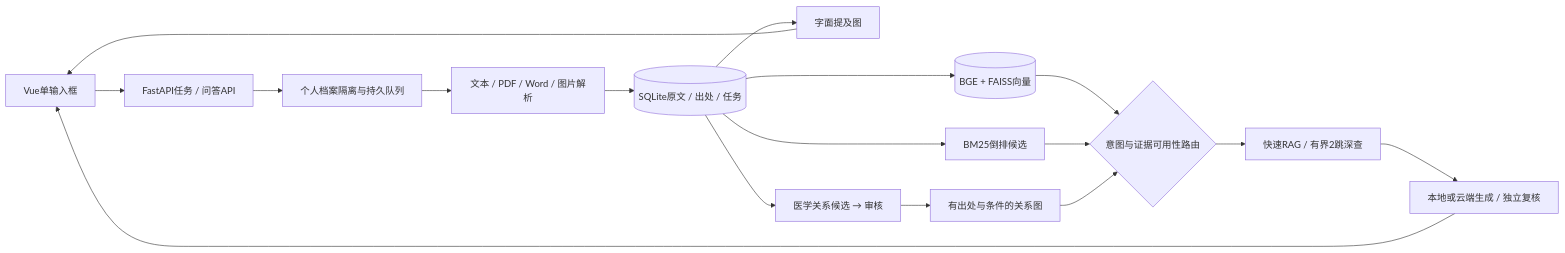
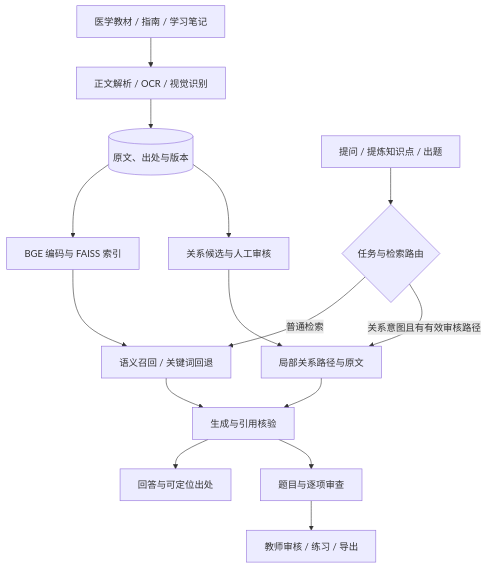
One commit to hvqo/MediGraphRAG changed the second of 2 diagrams in README.md. Above: the diagram before and after it, drawn with Mermaid. The commit also changed other lines of this file and 1 other file, not shown here.

````diff
--- a/README.md
+++ b/README.md
@@ -99,19 +80,17 @@
 ```mermaid
-flowchart LR
-  V[Vue单输入框] --> O[FastAPI任务 / 问答API]
-  O --> P[个人档案隔离与持久队列]
-  P --> D[文本 / PDF / Word / 图片解析]
-  D --> S[(SQLite原文 / 出处 / 任务)]
-  S --> E[(BGE + FAISS向量)]
-  S --> L[BM25倒排候选]
-  S --> M[字面提及图]
-  S --> C[医学关系候选 → 审核]
-  C --> K[有出处与条件的关系图]
-  E --> R{意图与证据可用性路由}
-  L --> R
-  K --> R
-  R --> F[快速RAG / 有界2跳深查]
-  F --> G[本地或云端生成 / 独立复核]
-  G --> V
-  M --> V
+flowchart TB
+    DOC[医学教材 / 指南 / 学习笔记] --> PARSE[正文解析 / OCR / 视觉识别]
+    PARSE --> SOURCE[(原文、出处与版本)]
+    SOURCE --> VECTOR[BGE 编码与 FAISS 索引]
+    SOURCE --> REL[关系候选与人工审核]
+    Q[提问 / 提炼知识点 / 出题] --> ROUTE{任务与检索路由}
+    ROUTE -->|普通检索| FAST[语义召回 / 关键词回退]
+    ROUTE -->|关系意图且有有效审核路径| DEEP[局部关系路径与原文]
+    VECTOR --> FAST
+    REL --> DEEP
+    FAST --> GEN[生成与引用核验]
+    DEEP --> GEN
+    GEN --> ANSWER[回答与可定位出处]
+    GEN --> QUESTION[题目与逐项审查]
+    QUESTION --> REVIEW[教师审核 / 练习 / 导出]
 ```
````
